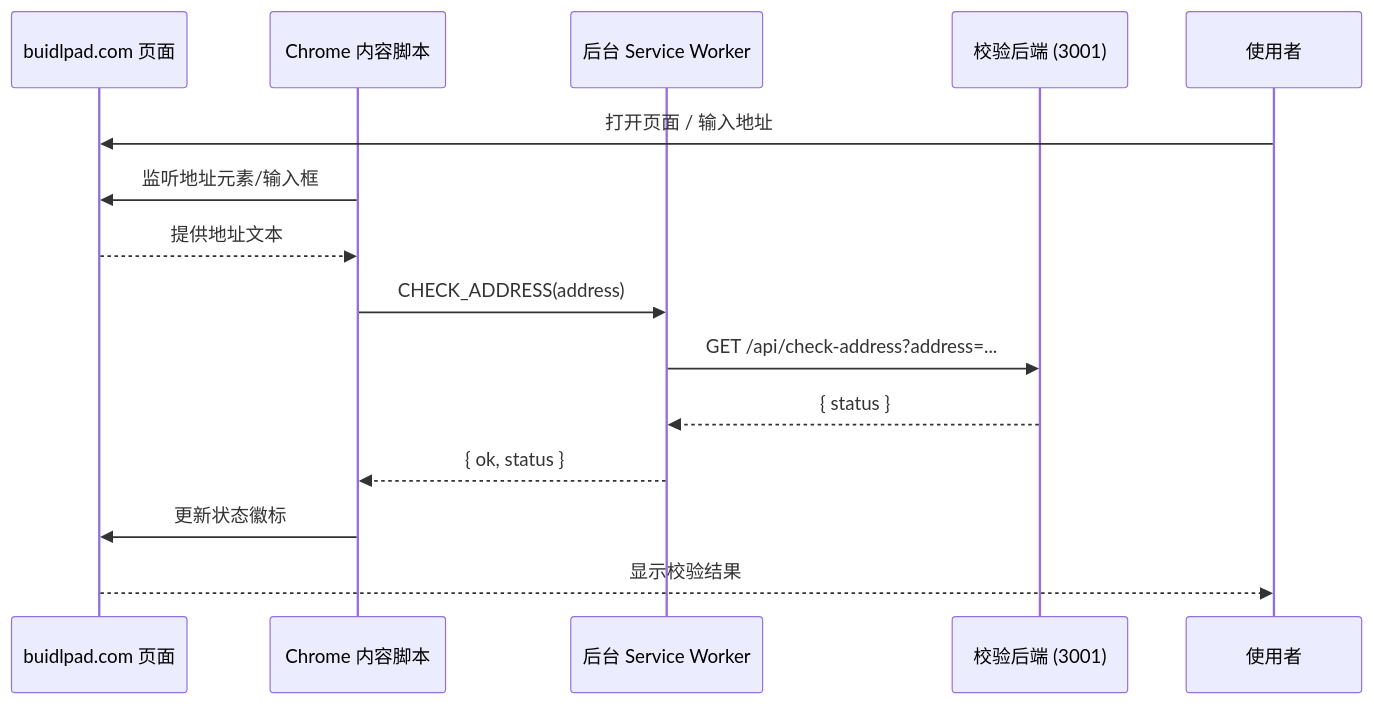
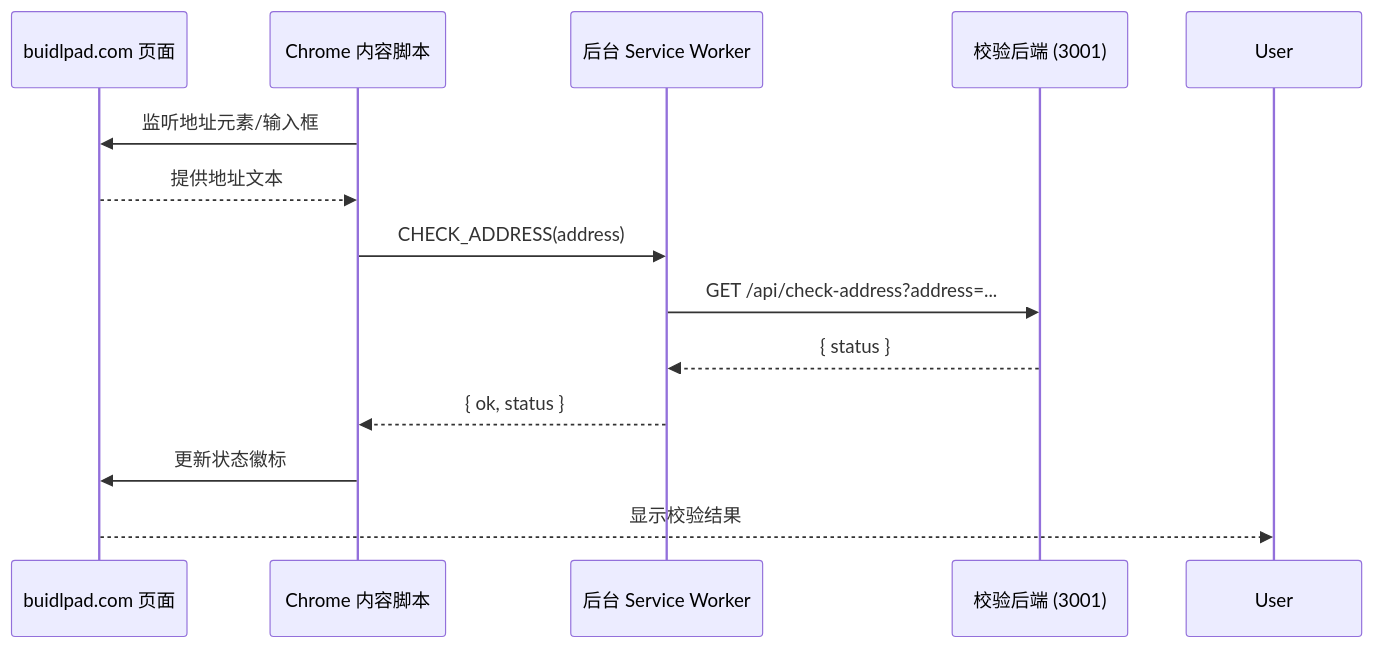
One commit to lly835/buidlpad_withdraw_check changed the diagram in diagrams/sequence.mmd. Above: the diagram before and after it, drawn with Mermaid. The commit also changed 1 other file, not shown here.

Commit message:
chore: update sequence diagram

```diff
--- a/diagrams/sequence.mmd
+++ b/diagrams/sequence.mmd
@@ -1,15 +1,13 @@
 sequenceDiagram
     participant Page as buidlpad.com 页面
     participant Content as Chrome 内容脚本
     participant Background as 后台 Service Worker
     participant API as 校验后端 (3001)
-    participant User as 使用者
-    User->>Page: 打开页面 / 输入地址
     Content->>Page: 监听地址元素/输入框
     Page-->>Content: 提供地址文本
     Content->>Background: CHECK_ADDRESS(address)
     Background->>API: GET /api/check-address?address=...
     API-->>Background: { status }
     Background-->>Content: { ok, status }
     Content->>Page: 更新状态徽标
     Page-->>User: 显示校验结果
```
